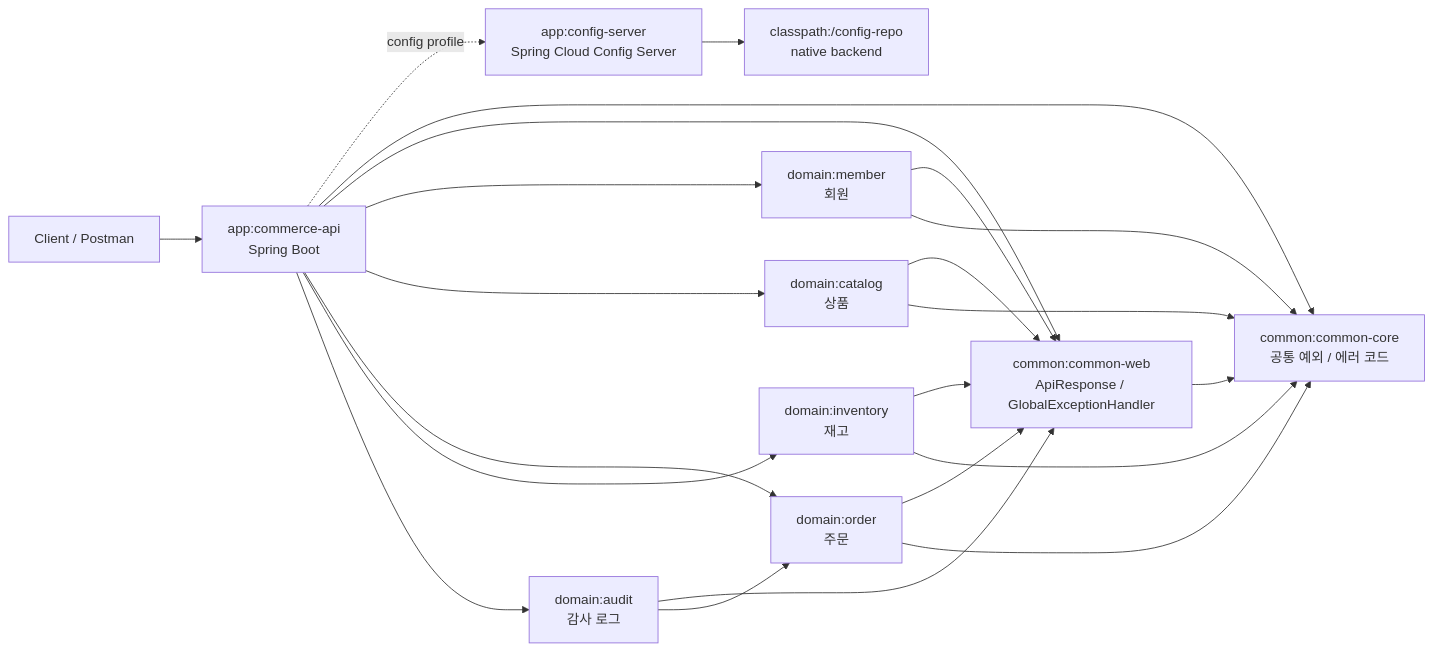
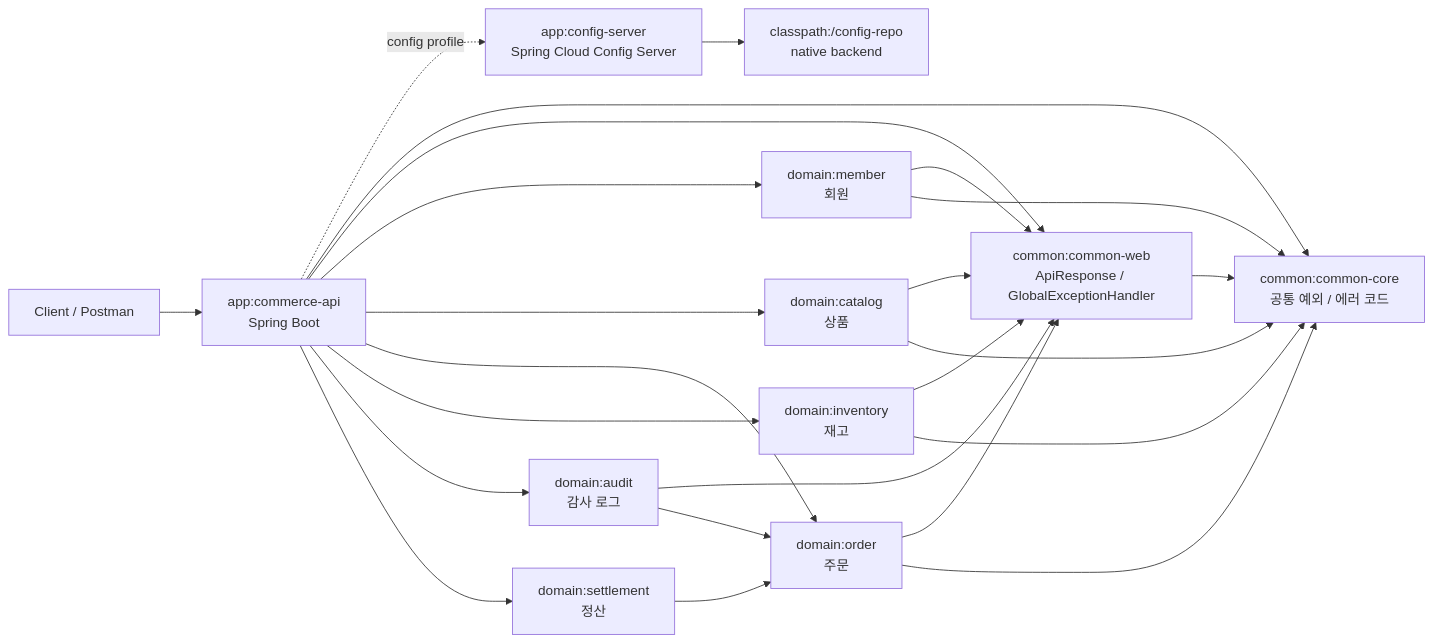
The first of 5 diagrams in README.md (dongyongChoi/toy-commerce-platform), drawn with Mermaid before and after one commit. The commit also changed other lines of this file and 25 other files, not shown here.

````diff
--- a/README.md
+++ b/README.md
@@ -33,26 +35,28 @@
 ```mermaid
 flowchart LR
     Client["Client / Postman"] --> API["app:commerce-api<br/>Spring Boot"]
     API -. config profile .-> CONFIG["app:config-server<br/>Spring Cloud Config Server"]
 
     API --> CC["common:common-core<br/>공통 예외 / 에러 코드"]
     API --> CW["common:common-web<br/>ApiResponse / GlobalExceptionHandler"]
     API --> MEMBER["domain:member<br/>회원"]
     API --> CATALOG["domain:catalog<br/>상품"]
     API --> ORDER["domain:order<br/>주문"]
     API --> INVENTORY["domain:inventory<br/>재고"]
     API --> AUDIT["domain:audit<br/>감사 로그"]
+    API --> SETTLEMENT["domain:settlement<br/>정산"]
 
     CW --> CC
     MEMBER --> CW
     MEMBER --> CC
     CATALOG --> CW
     CATALOG --> CC
     ORDER --> CW
     ORDER --> CC
     INVENTORY --> CW
     INVENTORY --> CC
     AUDIT --> CW
     AUDIT --> ORDER
+    SETTLEMENT --> ORDER
     CONFIG --> CONFIG_REPO["classpath:/config-repo<br/>native backend"]
 ```
````
